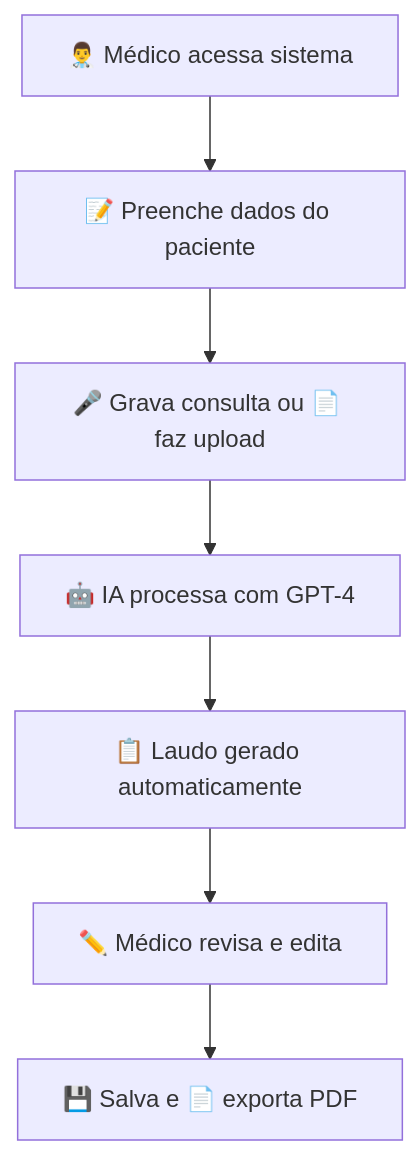
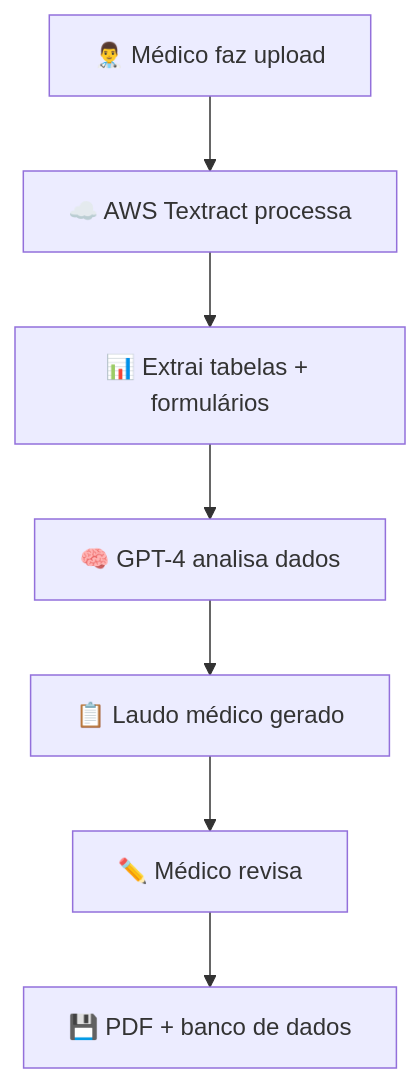
The diagram in README.md (RaquelFonsec/medical-exam-analyzer), drawn with Mermaid before and after one commit. The commit also changed other lines of this file, not shown here.

````diff
--- a/README.md
+++ b/README.md
@@ -273,9 +386,9 @@
 ```mermaid
 graph TD
-    A[👨‍⚕️ Médico acessa sistema] --> B[📝 Preenche dados do paciente]
-    B --> C[🎤 Grava consulta ou 📄 faz upload]
-    C --> D[🤖 IA processa com GPT-4]
-    D --> E[📋 Laudo gerado automaticamente]
-    E --> F[✏️ Médico revisa e edita]
-    F --> G[💾 Salva e 📄 exporta PDF]
+    A[👨‍⚕️ Médico faz upload] --> B[☁️ AWS Textract processa]
+    B --> C[📊 Extrai tabelas + formulários]
+    C --> D[🧠 GPT-4 analisa dados]
+    D --> E[📋 Laudo médico gerado]
+    E --> F[✏️ Médico revisa]
+    F --> G[💾 PDF + banco de dados]
 ```
````
